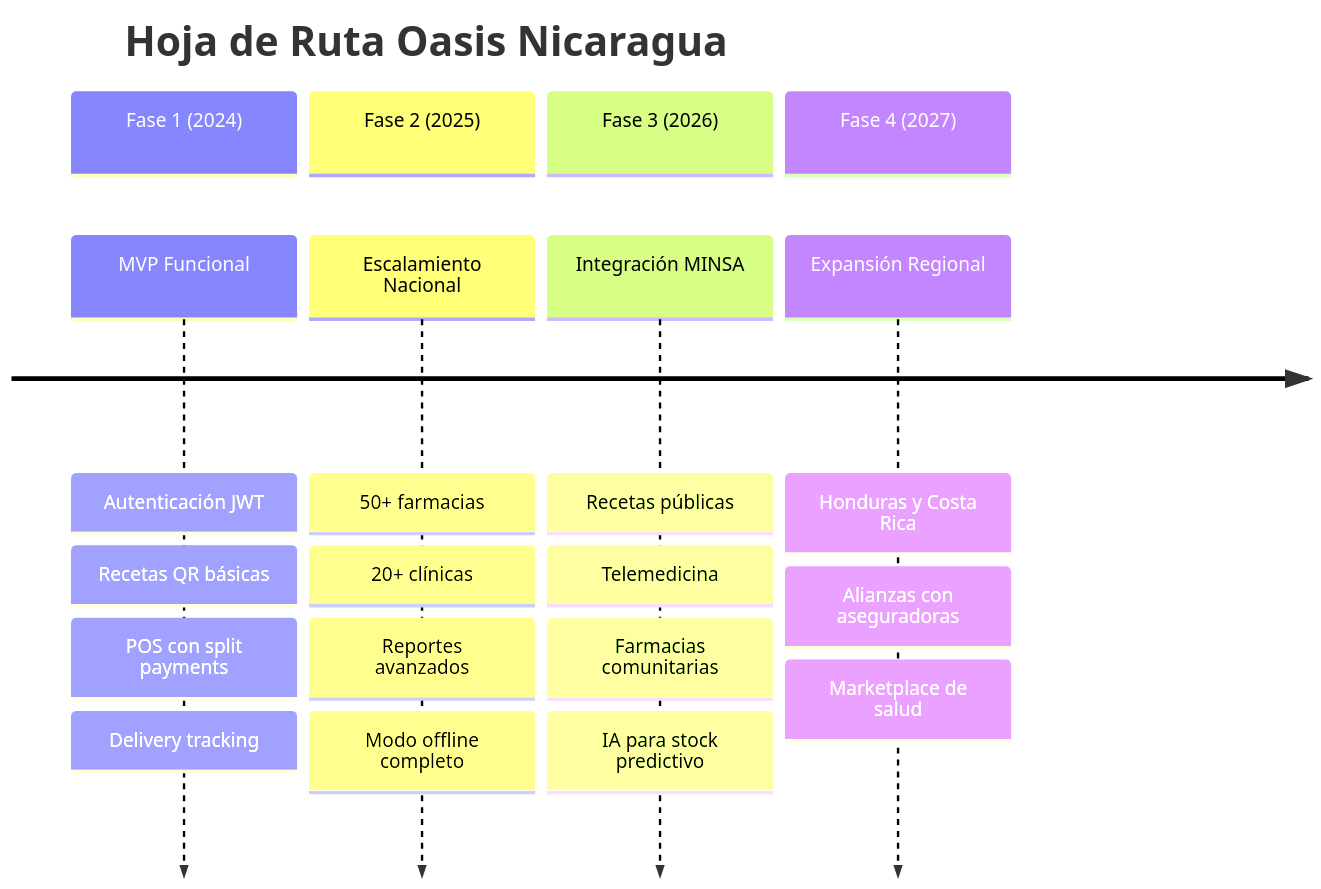
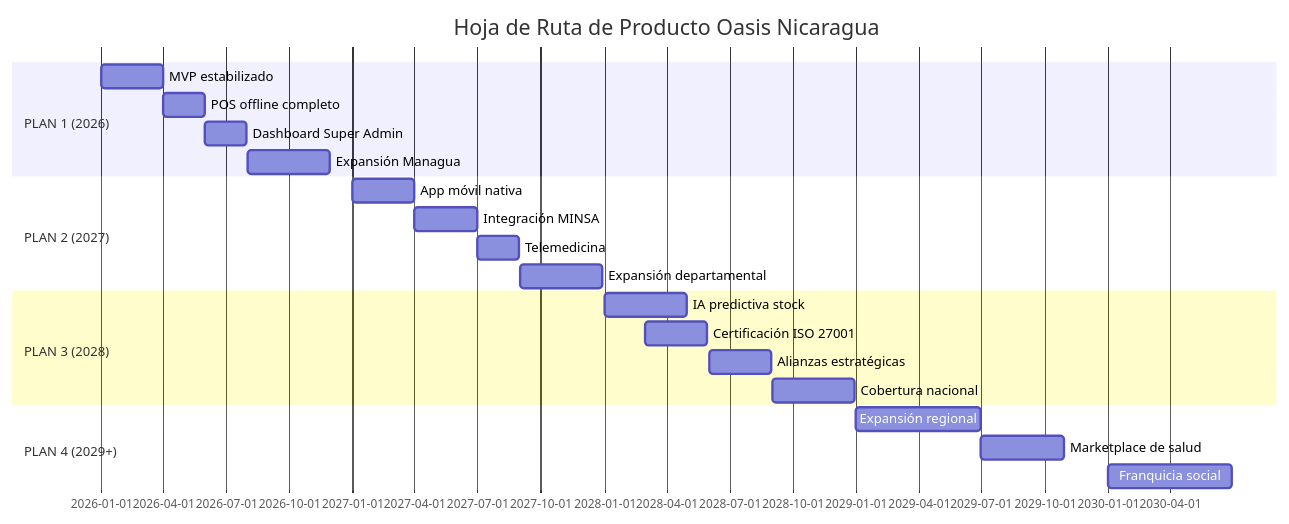
One commit to FlasheyEstudi/Oasis-Liquido changed the ninth of 13 diagrams in README.md. Above: the diagram before and after it, drawn with Mermaid. The commit also changed other lines of this file, not shown here.

````diff
--- a/README.md
+++ b/README.md
@@ -303,27 +642,28 @@
 ```mermaid
-timeline
-    title Hoja de Ruta Oasis Nicaragua
-    section Fase 1 (2024)
-        MVP Funcional
-        : Autenticación JWT
-        : Recetas QR básicas
-        : POS con split payments
-        : Delivery tracking
-    section Fase 2 (2025)
-        Escalamiento Nacional
-        : 50+ farmacias
-        : 20+ clínicas
-        : Reportes avanzados
-        : Modo offline completo
-    section Fase 3 (2026)
-        Integración MINSA
-        : Recetas públicas
-        : Telemedicina
-        : Farmacias comunitarias
-        : IA para stock predictivo
-    section Fase 4 (2027)
-        Expansión Regional
-        : Honduras y Costa Rica
-        : Alianzas con aseguradoras
-        : Marketplace de salud
+gantt
+    title Hoja de Ruta de Producto Oasis Nicaragua
+    dateFormat YYYY-MM-DD
+    
+    section PLAN 1 (2026)
+    MVP estabilizado           :2026-01-01, 90d
+    POS offline completo       :2026-04-01, 60d
+    Dashboard Super Admin      :2026-06-01, 60d
+    Expansión Managua          :2026-08-01, 120d
+    
+    section PLAN 2 (2027)
+    App móvil nativa           :2027-01-01, 90d
+    Integración MINSA          :2027-04-01, 90d
+    Telemedicina               :2027-07-01, 60d
+    Expansión departamental    :2027-09-01, 120d
+    
+    section PLAN 3 (2028)
+    IA predictiva stock        :2028-01-01, 120d
+    Certificación ISO 27001    :2028-03-01, 90d
+    Alianzas estratégicas      :2028-06-01, 90d
+    Cobertura nacional         :2028-09-01, 120d
+    
+    section PLAN 4 (2029+)
+    Expansión regional         :2029-01-01, 180d
+    Marketplace de salud       :2029-07-01, 120d
+    Franquicia social          :2030-01-01, 180d
 ```
````
